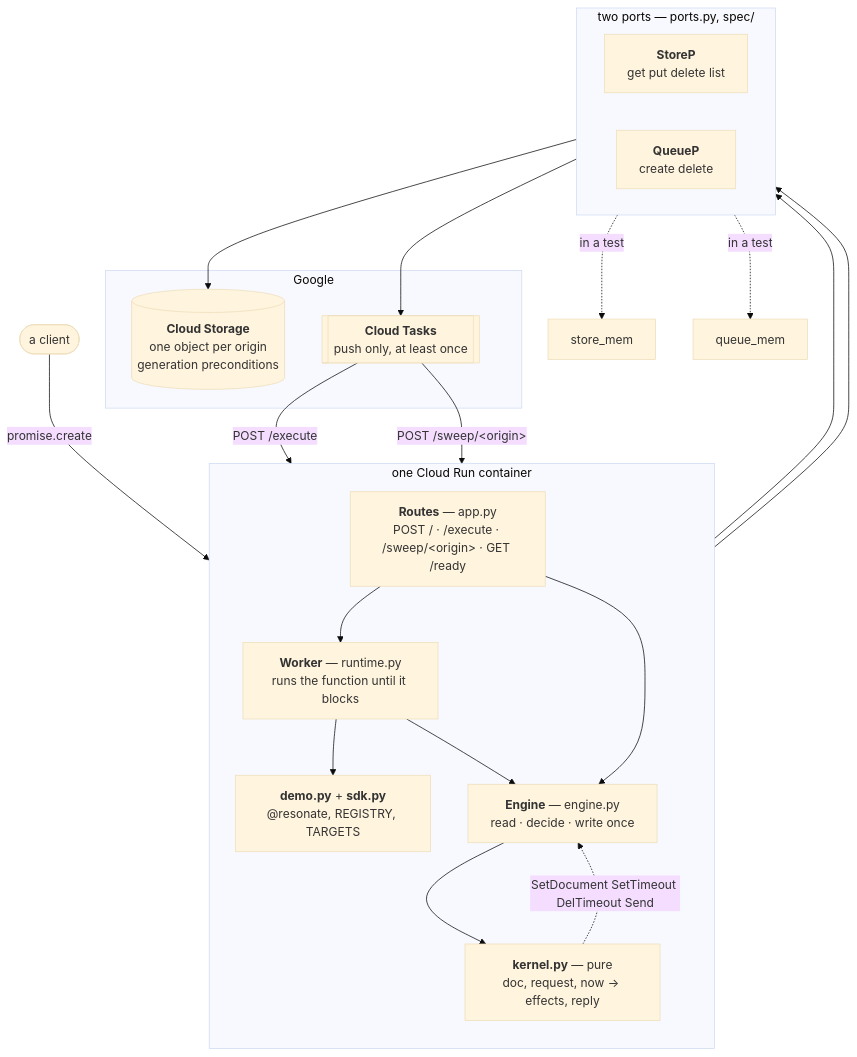
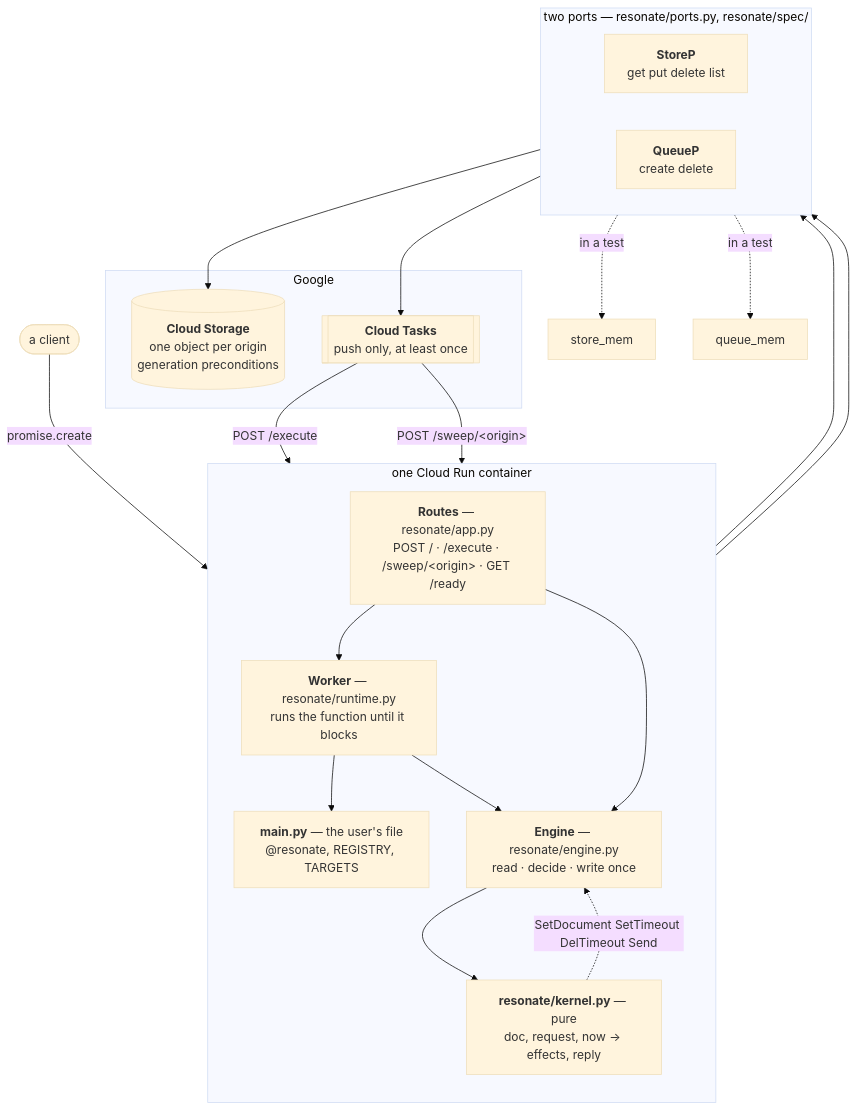
The diagram in code/final/ARCHITECTURE.md (resonatehq/durable-execution), drawn with Mermaid (base theme) before and after one commit. The commit also changed other lines of this file and 53 other files, not shown here.

````diff
--- a/code/final/ARCHITECTURE.md
+++ b/code/final/ARCHITECTURE.md
@@ -9,43 +9,43 @@
 ```mermaid
 flowchart TB
     client(["a client"])
 
     subgraph container["one Cloud Run container"]
         direction TB
-        routes["<b>Routes</b> — app.py<br/>POST / · /execute · /sweep/&lt;origin&gt; · GET /ready"]
-        worker["<b>Worker</b> — runtime.py<br/>runs the function until it blocks"]
-        app["<b>demo.py</b> + <b>sdk.py</b><br/>@resonate, REGISTRY, TARGETS"]
-        engine["<b>Engine</b> — engine.py<br/>read · decide · write once"]
-        kernel["<b>kernel.py</b> — pure<br/>doc, request, now → effects, reply"]
+        routes["<b>Routes</b> — resonate/app.py<br/>POST / · /execute · /sweep/&lt;origin&gt; · GET /ready"]
+        worker["<b>Worker</b> — resonate/runtime.py<br/>runs the function until it blocks"]
+        app["<b>main.py</b> — the user's file<br/>@resonate, REGISTRY, TARGETS"]
+        engine["<b>Engine</b> — resonate/engine.py<br/>read · decide · write once"]
+        kernel["<b>resonate/kernel.py</b> — pure<br/>doc, request, now → effects, reply"]
     end
 
-    subgraph ports["two ports — ports.py, spec/"]
+    subgraph ports["two ports — resonate/ports.py, resonate/spec/"]
         direction LR
         store["<b>StoreP</b><br/>get put delete list"]
         queue["<b>QueueP</b><br/>create delete"]
     end
 
     subgraph google["Google"]
         gcs[("<b>Cloud Storage</b><br/>one object per origin<br/>generation preconditions")]
         tasks[["<b>Cloud Tasks</b><br/>push only, at least once"]]
     end
 
     client -->|"promise.create"| routes
     routes --> worker
     worker --> app
     worker --> engine
     routes --> engine
     engine --> kernel
     kernel -.->|"SetDocument SetTimeout DelTimeout Send"| engine
 
     engine --> store
     engine --> queue
     store --> gcs
     queue --> tasks
 
     tasks -->|"POST /execute"| routes
     tasks -->|"POST /sweep/&lt;origin&gt;"| routes
 
     store -.->|"in a test"| storemem["store_mem"]
     queue -.->|"in a test"| queuemem["queue_mem"]
 ```
````
